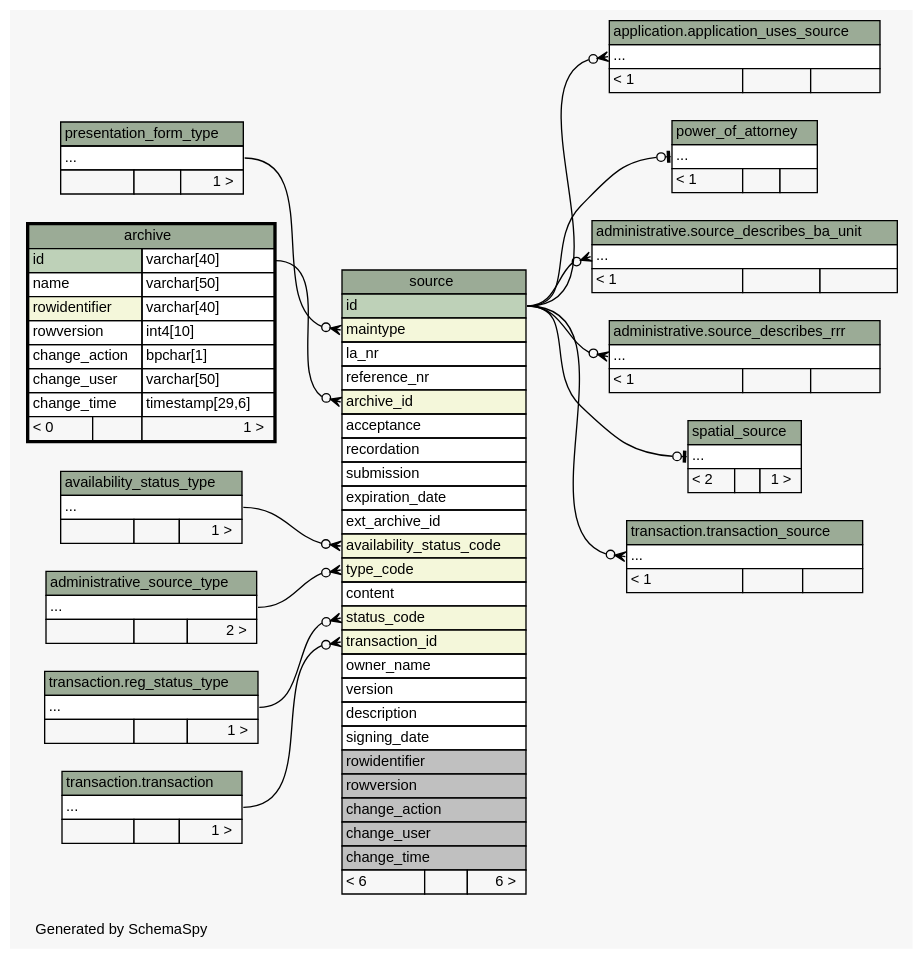
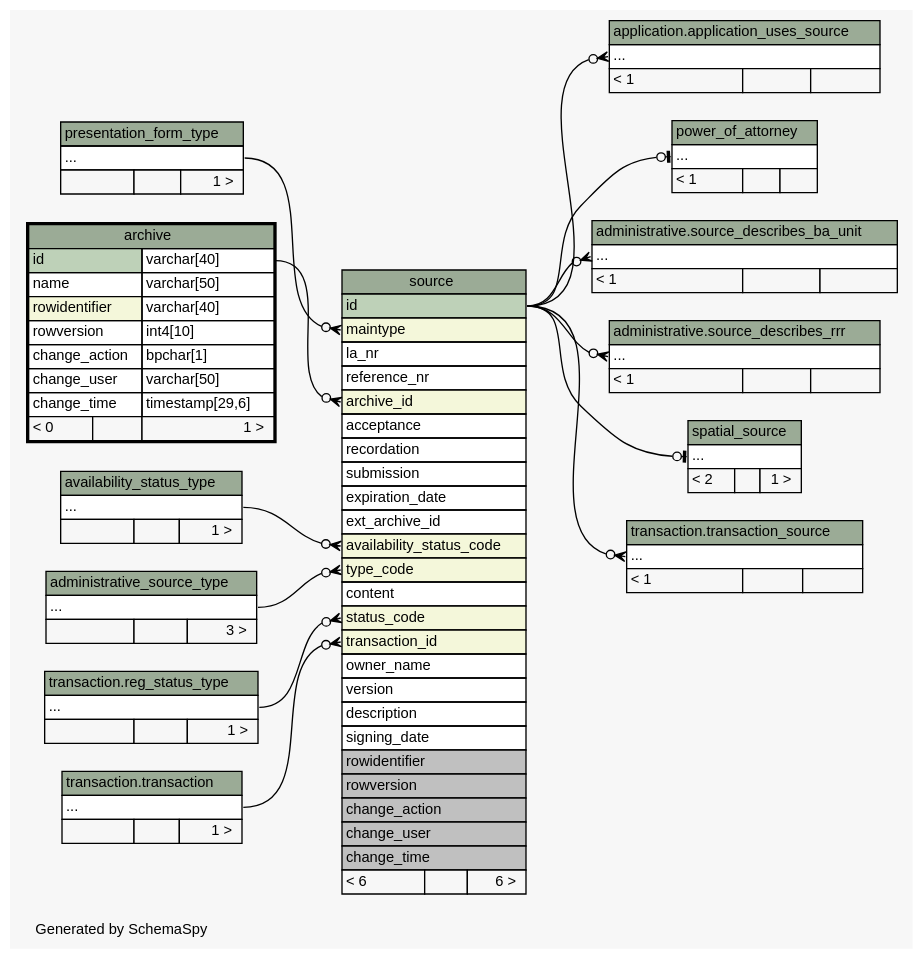
Before and after one commit to SOLA-FAO/database_sola: the diagram in doc/source/diagrams/archive.2degrees.dot, drawn with Graphviz. The commit also changed 579 other files, not shown here.

```diff
--- a/doc/source/diagrams/archive.2degrees.dot
+++ b/doc/source/diagrams/archive.2degrees.dot
@@ -1,193 +1,193 @@
-// dot 2.36.0 on Windows 7 6.1
+// dot 2.36.0 on Windows 8 6.2
 // SchemaSpy rev 590
 digraph "twoDegreesRelationshipsDiagram" {
   graph [
     rankdir="RL"
     bgcolor="#f7f7f7"
     label="\nGenerated by SchemaSpy"
     labeljust="l"
     nodesep="0.18"
     ranksep="0.46"
     fontname="Helvetica"
     fontsize="11"
   ];
   node [
     fontname="Helvetica"
     fontsize="11"
     shape="plaintext"
   ];
   edge [
     arrowsize="0.8"
   ];
   "application.application_uses_source":"elipses":w -> "source":"id":e [arrowhead=none dir=back arrowtail=crowodot];
   "power_of_attorney":"elipses":w -> "source":"id":e [arrowhead=none dir=back arrowtail=teeodot];
   "source":"archive_id":w -> "archive":"id.type":e [arrowhead=none dir=back arrowtail=crowodot];
   "source":"availability_status_code":w -> "availability_status_type":"elipses":e [arrowhead=none dir=back arrowtail=crowodot];
   "source":"maintype":w -> "presentation_form_type":"elipses":e [arrowhead=none dir=back arrowtail=crowodot];
   "source":"status_code":w -> "transaction.reg_status_type":"elipses":e [arrowhead=none dir=back arrowtail=crowodot];
   "source":"transaction_id":w -> "transaction.transaction":"elipses":e [arrowhead=none dir=back arrowtail=crowodot];
   "source":"type_code":w -> "administrative_source_type":"elipses":e [arrowhead=none dir=back arrowtail=crowodot];
   "administrative.source_describes_ba_unit":"elipses":w -> "source":"id":e [arrowhead=none dir=back arrowtail=crowodot];
   "administrative.source_describes_rrr":"elipses":w -> "source":"id":e [arrowhead=none dir=back arrowtail=crowodot];
   "spatial_source":"elipses":w -> "source":"id":e [arrowhead=none dir=back arrowtail=teeodot];
   "transaction.transaction_source":"elipses":w -> "source":"id":e [arrowhead=none dir=back arrowtail=crowodot];
   "administrative_source_type" [
     label=<
     <TABLE BORDER="0" CELLBORDER="1" CELLSPACING="0" BGCOLOR="#ffffff">
       <TR><TD COLSPAN="3" BGCOLOR="#9bab96" ALIGN="CENTER">administrative_source_type</TD></TR>
       <TR><TD PORT="elipses" COLSPAN="3" ALIGN="LEFT">...</TD></TR>
-      <TR><TD ALIGN="LEFT" BGCOLOR="#f7f7f7">  </TD><TD ALIGN="RIGHT" BGCOLOR="#f7f7f7">  </TD><TD ALIGN="RIGHT" BGCOLOR="#f7f7f7">2 &gt;</TD></TR>
+      <TR><TD ALIGN="LEFT" BGCOLOR="#f7f7f7">  </TD><TD ALIGN="RIGHT" BGCOLOR="#f7f7f7">  </TD><TD ALIGN="RIGHT" BGCOLOR="#f7f7f7">3 &gt;</TD></TR>
     </TABLE>>
     URL="administrative_source_type.html"
     tooltip="administrative_source_type"
   ];
   "application.application_uses_source" [
     label=<
     <TABLE BORDER="0" CELLBORDER="1" CELLSPACING="0" BGCOLOR="#ffffff">
       <TR><TD COLSPAN="3" BGCOLOR="#9bab96" ALIGN="CENTER">application.application_uses_source</TD></TR>
       <TR><TD PORT="elipses" COLSPAN="3" ALIGN="LEFT">...</TD></TR>
       <TR><TD ALIGN="LEFT" BGCOLOR="#f7f7f7">&lt; 1</TD><TD ALIGN="RIGHT" BGCOLOR="#f7f7f7">  </TD><TD ALIGN="RIGHT" BGCOLOR="#f7f7f7">  </TD></TR>
     </TABLE>>
     URL="../../application/tables/application_uses_source.html"
     tooltip="application.application_uses_source"
   ];
   "archive" [
     label=<
     <TABLE BORDER="2" CELLBORDER="1" CELLSPACING="0" BGCOLOR="#ffffff">
       <TR><TD COLSPAN="3" BGCOLOR="#9bab96" ALIGN="CENTER">archive</TD></TR>
       <TR><TD PORT="id" COLSPAN="2" BGCOLOR="#bed1b8" ALIGN="LEFT">id</TD><TD PORT="id.type" ALIGN="LEFT">varchar[40]</TD></TR>
       <TR><TD PORT="name" COLSPAN="2" ALIGN="LEFT">name</TD><TD PORT="name.type" ALIGN="LEFT">varchar[50]</TD></TR>
       <TR><TD PORT="rowidentifier" COLSPAN="2" BGCOLOR="#f4f7da" ALIGN="LEFT">rowidentifier</TD><TD PORT="rowidentifier.type" ALIGN="LEFT">varchar[40]</TD></TR>
       <TR><TD PORT="rowversion" COLSPAN="2" ALIGN="LEFT">rowversion</TD><TD PORT="rowversion.type" ALIGN="LEFT">int4[10]</TD></TR>
       <TR><TD PORT="change_action" COLSPAN="2" ALIGN="LEFT">change_action</TD><TD PORT="change_action.type" ALIGN="LEFT">bpchar[1]</TD></TR>
       <TR><TD PORT="change_user" COLSPAN="2" ALIGN="LEFT">change_user</TD><TD PORT="change_user.type" ALIGN="LEFT">varchar[50]</TD></TR>
       <TR><TD PORT="change_time" COLSPAN="2" ALIGN="LEFT">change_time</TD><TD PORT="change_time.type" ALIGN="LEFT">timestamp[29,6]</TD></TR>
       <TR><TD ALIGN="LEFT" BGCOLOR="#f7f7f7">&lt; 0</TD><TD ALIGN="RIGHT" BGCOLOR="#f7f7f7">  </TD><TD ALIGN="RIGHT" BGCOLOR="#f7f7f7">1 &gt;</TD></TR>
     </TABLE>>
     URL="archive.html"
     tooltip="archive"
   ];
   "availability_status_type" [
     label=<
     <TABLE BORDER="0" CELLBORDER="1" CELLSPACING="0" BGCOLOR="#ffffff">
       <TR><TD COLSPAN="3" BGCOLOR="#9bab96" ALIGN="CENTER">availability_status_type</TD></TR>
       <TR><TD PORT="elipses" COLSPAN="3" ALIGN="LEFT">...</TD></TR>
       <TR><TD ALIGN="LEFT" BGCOLOR="#f7f7f7">  </TD><TD ALIGN="RIGHT" BGCOLOR="#f7f7f7">  </TD><TD ALIGN="RIGHT" BGCOLOR="#f7f7f7">1 &gt;</TD></TR>
     </TABLE>>
     URL="availability_status_type.html"
     tooltip="availability_status_type"
   ];
   "power_of_attorney" [
     label=<
     <TABLE BORDER="0" CELLBORDER="1" CELLSPACING="0" BGCOLOR="#ffffff">
       <TR><TD COLSPAN="3" BGCOLOR="#9bab96" ALIGN="CENTER">power_of_attorney</TD></TR>
       <TR><TD PORT="elipses" COLSPAN="3" ALIGN="LEFT">...</TD></TR>
       <TR><TD ALIGN="LEFT" BGCOLOR="#f7f7f7">&lt; 1</TD><TD ALIGN="RIGHT" BGCOLOR="#f7f7f7">  </TD><TD ALIGN="RIGHT" BGCOLOR="#f7f7f7">  </TD></TR>
     </TABLE>>
     URL="power_of_attorney.html"
     tooltip="power_of_attorney"
   ];
   "presentation_form_type" [
     label=<
     <TABLE BORDER="0" CELLBORDER="1" CELLSPACING="0" BGCOLOR="#ffffff">
       <TR><TD COLSPAN="3" BGCOLOR="#9bab96" ALIGN="CENTER">presentation_form_type</TD></TR>
       <TR><TD PORT="elipses" COLSPAN="3" ALIGN="LEFT">...</TD></TR>
       <TR><TD ALIGN="LEFT" BGCOLOR="#f7f7f7">  </TD><TD ALIGN="RIGHT" BGCOLOR="#f7f7f7">  </TD><TD ALIGN="RIGHT" BGCOLOR="#f7f7f7">1 &gt;</TD></TR>
     </TABLE>>
     URL="presentation_form_type.html"
     tooltip="presentation_form_type"
   ];
   "transaction.reg_status_type" [
     label=<
     <TABLE BORDER="0" CELLBORDER="1" CELLSPACING="0" BGCOLOR="#ffffff">
       <TR><TD COLSPAN="3" BGCOLOR="#9bab96" ALIGN="CENTER">transaction.reg_status_type</TD></TR>
       <TR><TD PORT="elipses" COLSPAN="3" ALIGN="LEFT">...</TD></TR>
       <TR><TD ALIGN="LEFT" BGCOLOR="#f7f7f7">  </TD><TD ALIGN="RIGHT" BGCOLOR="#f7f7f7">  </TD><TD ALIGN="RIGHT" BGCOLOR="#f7f7f7">1 &gt;</TD></TR>
     </TABLE>>
     URL="../../transaction/tables/reg_status_type.html"
     tooltip="transaction.reg_status_type"
   ];
   "source" [
     label=<
     <TABLE BORDER="0" CELLBORDER="1" CELLSPACING="0" BGCOLOR="#ffffff">
       <TR><TD COLSPAN="3" BGCOLOR="#9bab96" ALIGN="CENTER">source</TD></TR>
       <TR><TD PORT="id" COLSPAN="3" BGCOLOR="#bed1b8" ALIGN="LEFT">id</TD></TR>
       <TR><TD PORT="maintype" COLSPAN="3" BGCOLOR="#f4f7da" ALIGN="LEFT">maintype</TD></TR>
       <TR><TD PORT="la_nr" COLSPAN="3" ALIGN="LEFT">la_nr</TD></TR>
       <TR><TD PORT="reference_nr" COLSPAN="3" ALIGN="LEFT">reference_nr</TD></TR>
       <TR><TD PORT="archive_id" COLSPAN="3" BGCOLOR="#f4f7da" ALIGN="LEFT">archive_id</TD></TR>
       <TR><TD PORT="acceptance" COLSPAN="3" ALIGN="LEFT">acceptance</TD></TR>
       <TR><TD PORT="recordation" COLSPAN="3" ALIGN="LEFT">recordation</TD></TR>
       <TR><TD PORT="submission" COLSPAN="3" ALIGN="LEFT">submission</TD></TR>
       <TR><TD PORT="expiration_date" COLSPAN="3" ALIGN="LEFT">expiration_date</TD></TR>
       <TR><TD PORT="ext_archive_id" COLSPAN="3" ALIGN="LEFT">ext_archive_id</TD></TR>
       <TR><TD PORT="availability_status_code" COLSPAN="3" BGCOLOR="#f4f7da" ALIGN="LEFT">availability_status_code</TD></TR>
       <TR><TD PORT="type_code" COLSPAN="3" BGCOLOR="#f4f7da" ALIGN="LEFT">type_code</TD></TR>
       <TR><TD PORT="content" COLSPAN="3" ALIGN="LEFT">content</TD></TR>
       <TR><TD PORT="status_code" COLSPAN="3" BGCOLOR="#f4f7da" ALIGN="LEFT">status_code</TD></TR>
       <TR><TD PORT="transaction_id" COLSPAN="3" BGCOLOR="#f4f7da" ALIGN="LEFT">transaction_id</TD></TR>
       <TR><TD PORT="owner_name" COLSPAN="3" ALIGN="LEFT">owner_name</TD></TR>
       <TR><TD PORT="version" COLSPAN="3" ALIGN="LEFT">version</TD></TR>
       <TR><TD PORT="description" COLSPAN="3" ALIGN="LEFT">description</TD></TR>
       <TR><TD PORT="signing_date" COLSPAN="3" ALIGN="LEFT">signing_date</TD></TR>
       <TR><TD PORT="rowidentifier" COLSPAN="3" BGCOLOR="#c0c0c0" ALIGN="LEFT">rowidentifier</TD></TR>
       <TR><TD PORT="rowversion" COLSPAN="3" BGCOLOR="#c0c0c0" ALIGN="LEFT">rowversion</TD></TR>
       <TR><TD PORT="change_action" COLSPAN="3" BGCOLOR="#c0c0c0" ALIGN="LEFT">change_action</TD></TR>
       <TR><TD PORT="change_user" COLSPAN="3" BGCOLOR="#c0c0c0" ALIGN="LEFT">change_user</TD></TR>
       <TR><TD PORT="change_time" COLSPAN="3" BGCOLOR="#c0c0c0" ALIGN="LEFT">change_time</TD></TR>
       <TR><TD ALIGN="LEFT" BGCOLOR="#f7f7f7">&lt; 6</TD><TD ALIGN="RIGHT" BGCOLOR="#f7f7f7">  </TD><TD ALIGN="RIGHT" BGCOLOR="#f7f7f7">6 &gt;</TD></TR>
     </TABLE>>
     URL="source.html"
     tooltip="source"
   ];
   "administrative.source_describes_ba_unit" [
     label=<
     <TABLE BORDER="0" CELLBORDER="1" CELLSPACING="0" BGCOLOR="#ffffff">
       <TR><TD COLSPAN="3" BGCOLOR="#9bab96" ALIGN="CENTER">administrative.source_describes_ba_unit</TD></TR>
       <TR><TD PORT="elipses" COLSPAN="3" ALIGN="LEFT">...</TD></TR>
       <TR><TD ALIGN="LEFT" BGCOLOR="#f7f7f7">&lt; 1</TD><TD ALIGN="RIGHT" BGCOLOR="#f7f7f7">  </TD><TD ALIGN="RIGHT" BGCOLOR="#f7f7f7">  </TD></TR>
     </TABLE>>
     URL="../../administrative/tables/source_describes_ba_unit.html"
     tooltip="administrative.source_describes_ba_unit"
   ];
   "administrative.source_describes_rrr" [
     label=<
     <TABLE BORDER="0" CELLBORDER="1" CELLSPACING="0" BGCOLOR="#ffffff">
       <TR><TD COLSPAN="3" BGCOLOR="#9bab96" ALIGN="CENTER">administrative.source_describes_rrr</TD></TR>
       <TR><TD PORT="elipses" COLSPAN="3" ALIGN="LEFT">...</TD></TR>
       <TR><TD ALIGN="LEFT" BGCOLOR="#f7f7f7">&lt; 1</TD><TD ALIGN="RIGHT" BGCOLOR="#f7f7f7">  </TD><TD ALIGN="RIGHT" BGCOLOR="#f7f7f7">  </TD></TR>
     </TABLE>>
     URL="../../administrative/tables/source_describes_rrr.html"
     tooltip="administrative.source_describes_rrr"
   ];
   "spatial_source" [
     label=<
     <TABLE BORDER="0" CELLBORDER="1" CELLSPACING="0" BGCOLOR="#ffffff">
       <TR><TD COLSPAN="3" BGCOLOR="#9bab96" ALIGN="CENTER">spatial_source</TD></TR>
       <TR><TD PORT="elipses" COLSPAN="3" ALIGN="LEFT">...</TD></TR>
       <TR><TD ALIGN="LEFT" BGCOLOR="#f7f7f7">&lt; 2</TD><TD ALIGN="RIGHT" BGCOLOR="#f7f7f7">  </TD><TD ALIGN="RIGHT" BGCOLOR="#f7f7f7">1 &gt;</TD></TR>
     </TABLE>>
     URL="spatial_source.html"
     tooltip="spatial_source"
   ];
   "transaction.transaction" [
     label=<
     <TABLE BORDER="0" CELLBORDER="1" CELLSPACING="0" BGCOLOR="#ffffff">
       <TR><TD COLSPAN="3" BGCOLOR="#9bab96" ALIGN="CENTER">transaction.transaction</TD></TR>
       <TR><TD PORT="elipses" COLSPAN="3" ALIGN="LEFT">...</TD></TR>
       <TR><TD ALIGN="LEFT" BGCOLOR="#f7f7f7">  </TD><TD ALIGN="RIGHT" BGCOLOR="#f7f7f7">  </TD><TD ALIGN="RIGHT" BGCOLOR="#f7f7f7">1 &gt;</TD></TR>
     </TABLE>>
     URL="../../transaction/tables/transaction.html"
     tooltip="transaction.transaction"
   ];
   "transaction.transaction_source" [
     label=<
     <TABLE BORDER="0" CELLBORDER="1" CELLSPACING="0" BGCOLOR="#ffffff">
       <TR><TD COLSPAN="3" BGCOLOR="#9bab96" ALIGN="CENTER">transaction.transaction_source</TD></TR>
       <TR><TD PORT="elipses" COLSPAN="3" ALIGN="LEFT">...</TD></TR>
       <TR><TD ALIGN="LEFT" BGCOLOR="#f7f7f7">&lt; 1</TD><TD ALIGN="RIGHT" BGCOLOR="#f7f7f7">  </TD><TD ALIGN="RIGHT" BGCOLOR="#f7f7f7">  </TD></TR>
     </TABLE>>
     URL="../../transaction/tables/transaction_source.html"
     tooltip="transaction.transaction_source"
   ];
 }
```
